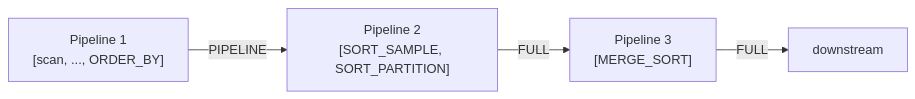
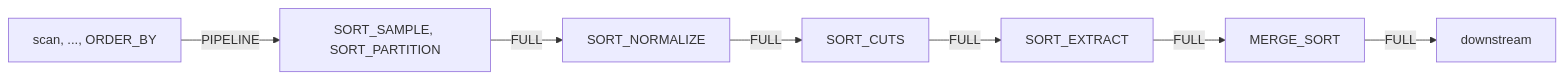
Before and after one commit to sirius-db/sirius: the sixth of 13 diagrams in docs/super-sirius/physical-plan-generation.md, drawn with Mermaid. The commit also changed other lines of this file and 40 other files, not shown here.

Commit message:
feat(sort): Build bounded ordered batches in sort pipeline output

````diff
--- a/docs/super-sirius/physical-plan-generation.md
+++ b/docs/super-sirius/physical-plan-generation.md
@@ -331,6 +331,9 @@
 ```mermaid
 graph LR
-    P1["Pipeline 1<br/>[scan, ..., ORDER_BY]"] -->|"PIPELINE"| P2["Pipeline 2<br/>[SORT_SAMPLE, SORT_PARTITION]"]
-    P2 -->|"FULL"| P3["Pipeline 3<br/>[MERGE_SORT]"]
-    P3 -->|"FULL"| DS["downstream"]
+    P1["scan, ..., ORDER_BY"] -->|"PIPELINE"| P2["SORT_SAMPLE, SORT_PARTITION"]
+    P2 -->|"FULL"| N["SORT_NORMALIZE"]
+    N -->|"FULL"| C["SORT_CUTS"]
+    C -->|"FULL"| E["SORT_EXTRACT"]
+    E -->|"FULL"| M["MERGE_SORT"]
+    M -->|"FULL"| DS["downstream"]
 ```
````
